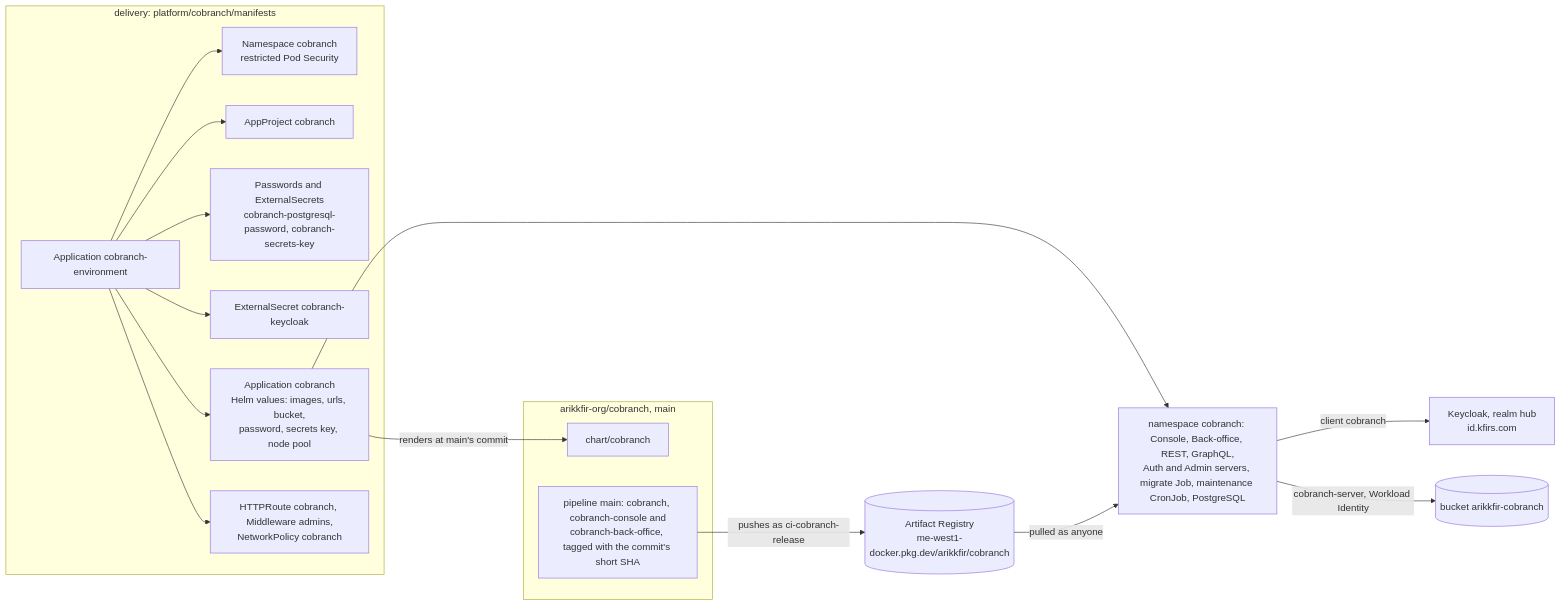
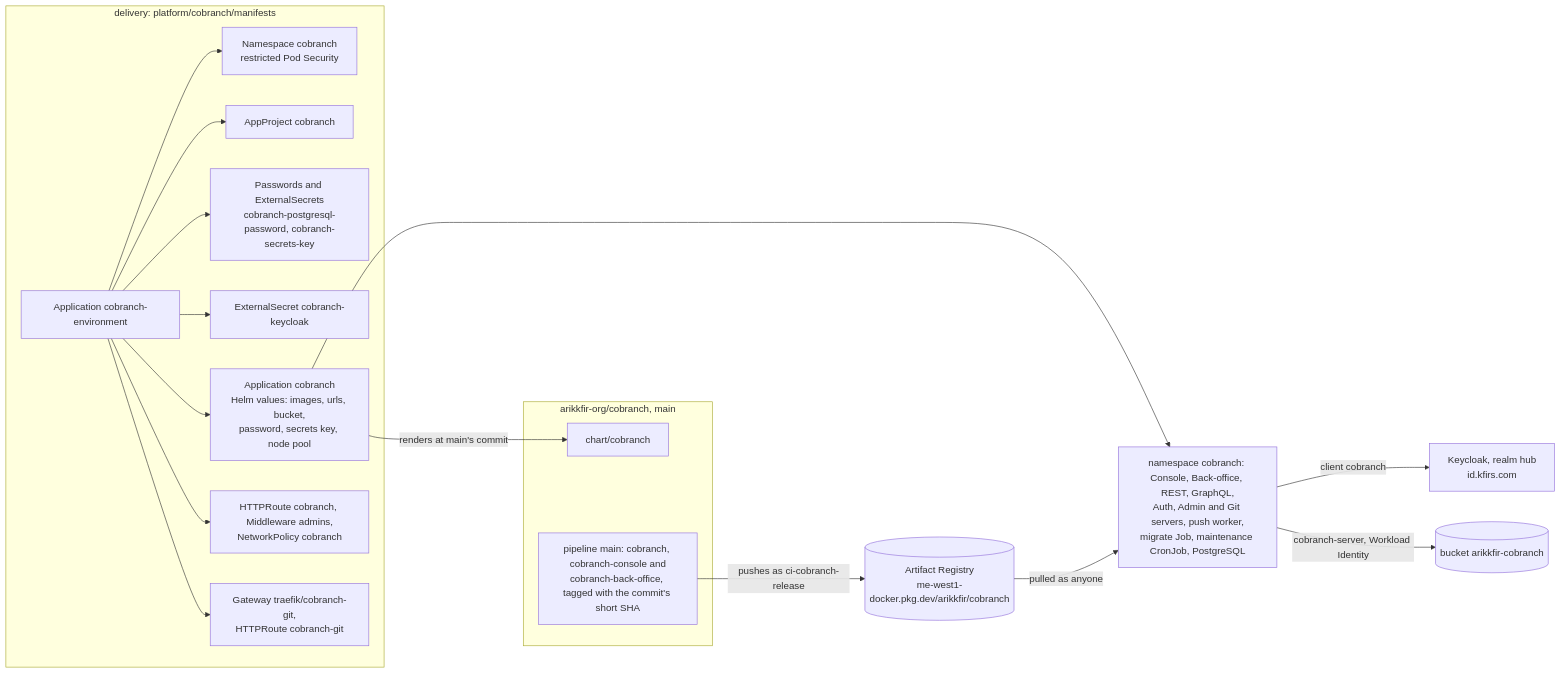
One commit to arikkfir-org/delivery changed the first of 3 diagrams in docs/delivery/designs/cobranch.md. Above: the diagram before and after it, drawn with Mermaid. The commit also changed other lines of this file and 16 other files, not shown here.

First line of the commit message:
feat(cobranch): serve the demo's and the previews' Git servers publicly

````diff
--- a/docs/delivery/designs/cobranch.md
+++ b/docs/delivery/designs/cobranch.md
@@ -13,21 +13,22 @@
 ```mermaid
 flowchart LR
   subgraph cobranchrepo["arikkfir-org/cobranch, main"]
     Chart["chart/cobranch"]
     Main["pipeline main: cobranch, cobranch-console and<br/>cobranch-back-office, tagged with the commit's short SHA"]
   end
   subgraph delivery["delivery: platform/cobranch/manifests"]
     Env["Application cobranch-environment"] --> NS["Namespace cobranch<br/>restricted Pod Security"]
     Env --> Project["AppProject cobranch"]
     Env --> Pass["Passwords and ExternalSecrets<br/>cobranch-postgresql-password, cobranch-secrets-key"]
     Env --> KC["ExternalSecret cobranch-keycloak"]
     Env --> App["Application cobranch<br/>Helm values: images, urls, bucket,<br/>password, secrets key, node pool"]
     Env --> Gate["HTTPRoute cobranch, Middleware admins,<br/>NetworkPolicy cobranch"]
+    Env --> Git["Gateway traefik/cobranch-git,<br/>HTTPRoute cobranch-git"]
   end
   Main -- "pushes as ci-cobranch-release" --> Reg[("Artifact Registry<br/>me-west1-docker.pkg.dev/arikkfir/cobranch")]
   App -- "renders at main's commit" --> Chart
-  App --> Pods["namespace cobranch: Console, Back-office, REST, GraphQL,<br/>Auth and Admin servers, migrate Job, maintenance CronJob, PostgreSQL"]
+  App --> Pods["namespace cobranch: Console, Back-office, REST, GraphQL,<br/>Auth, Admin and Git servers, push worker,<br/>migrate Job, maintenance CronJob, PostgreSQL"]
   Pods -- "client cobranch" --> Keycloak["Keycloak, realm hub<br/>id.kfirs.com"]
   Reg -- "pulled as anyone" --> Pods
   Pods -- "cobranch-server, Workload Identity" --> Bucket[("bucket arikkfir-cobranch")]
 ```
````
